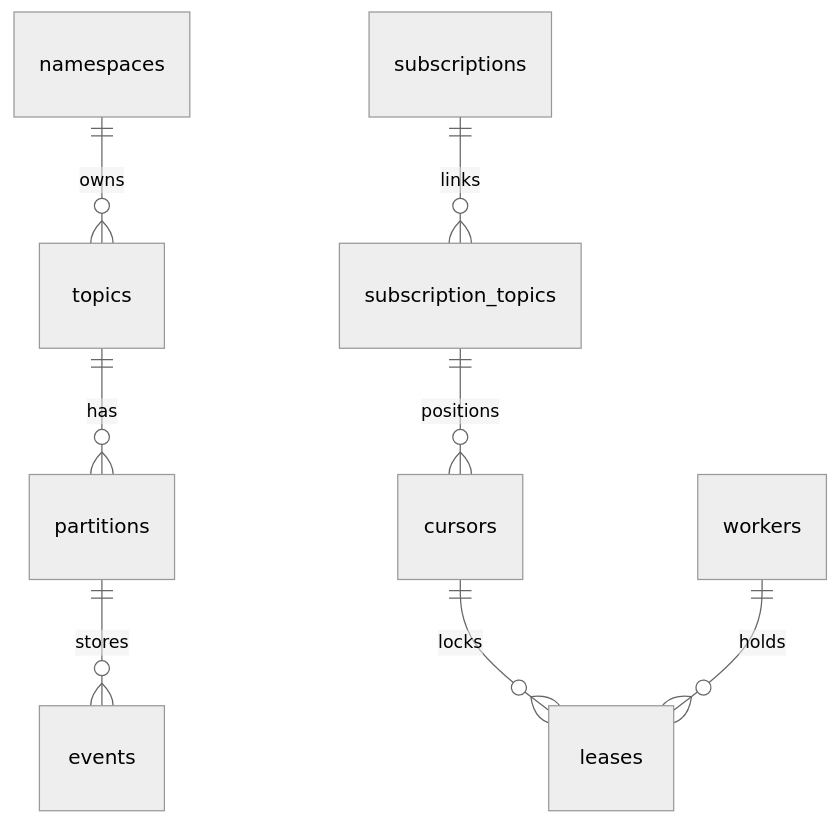
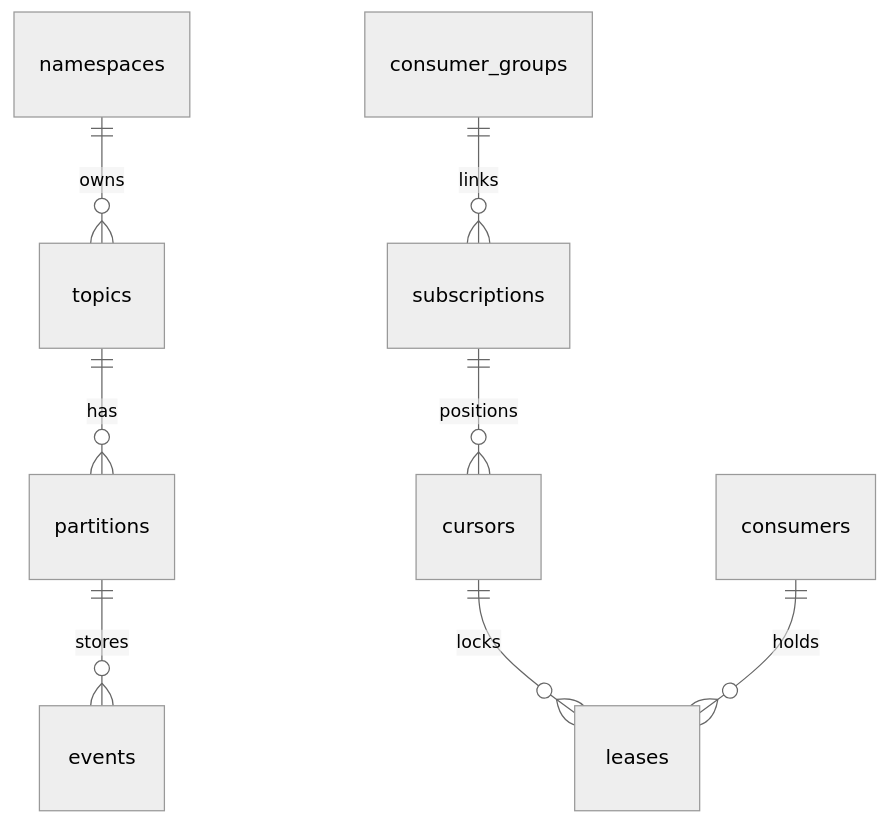
One commit to rbilleci/boxy changed the first of 3 diagrams in README.md. Above: the diagram before and after it, drawn with Mermaid (neutral theme). The commit also changed other lines of this file and 47 other files, not shown here.

````diff
--- a/README.md
+++ b/README.md
@@ -71,10 +71,10 @@
 ```mermaid
 erDiagram
     namespaces ||--o{ topics : owns
     topics ||--o{ partitions : has
     partitions ||--o{ events : stores
-    subscriptions ||--o{ subscription_topics : links
-    subscription_topics ||--o{ cursors : positions
+    consumer_groups ||--o{ subscriptions : links
+    subscriptions ||--o{ cursors : positions
     cursors ||--o{ leases : locks
-    workers ||--o{ leases : holds
+    consumers ||--o{ leases : holds
 ```
````
